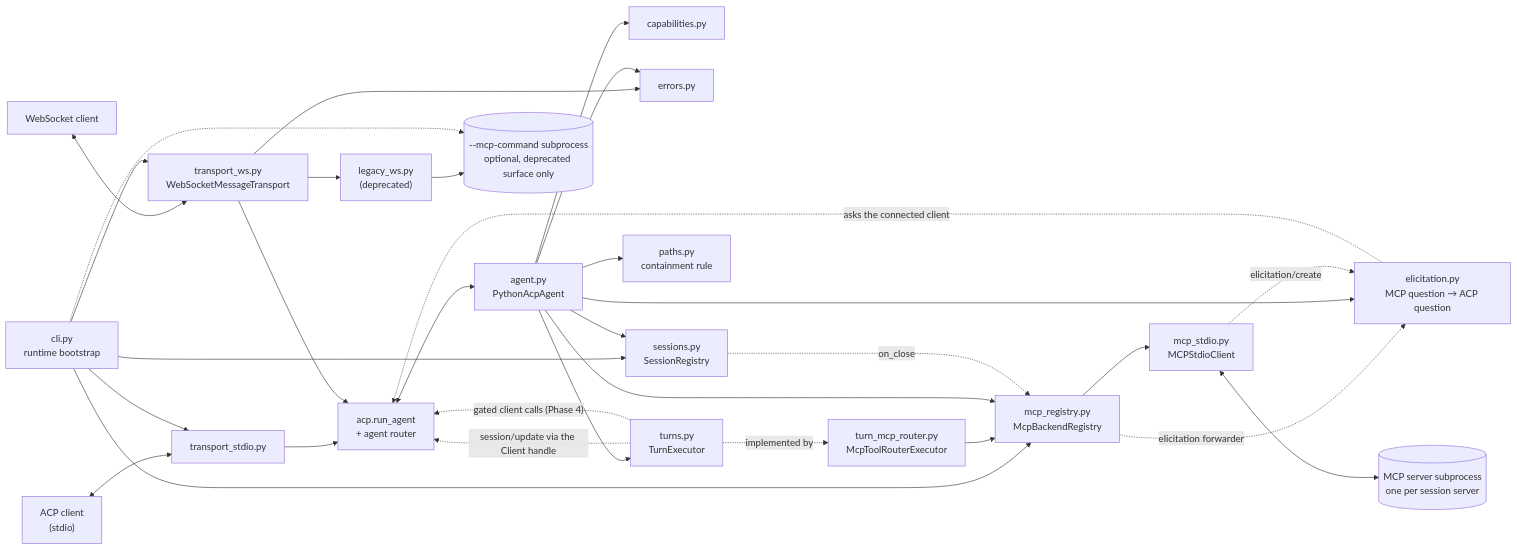
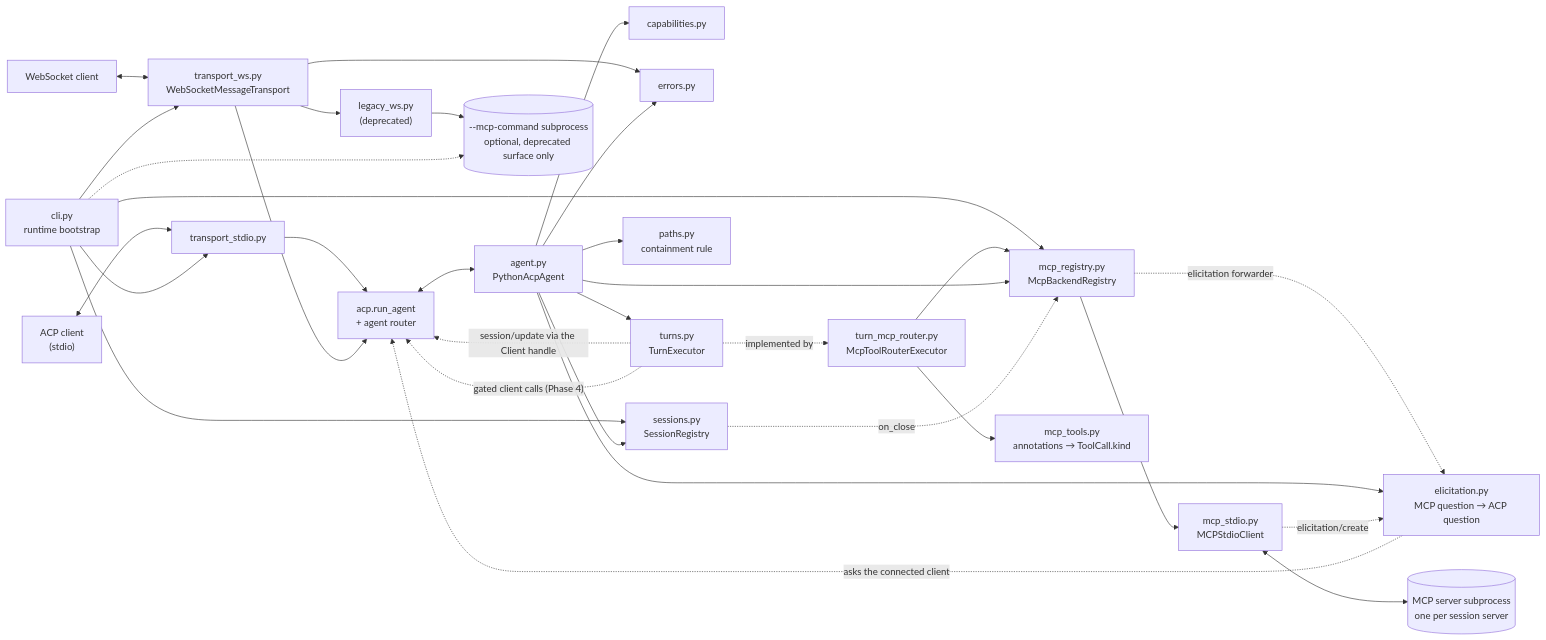
One commit to Digital-Dimentia/python-acp changed the first of 8 diagrams in ARCHITECTURE.md. Above: the diagram before and after it, drawn with Mermaid. The commit also changed other lines of this file and 16 other files, not shown here.

````diff
--- a/ARCHITECTURE.md
+++ b/ARCHITECTURE.md
@@ -26,53 +27,55 @@
 ```mermaid
 flowchart LR
     Editor["ACP client<br/>(stdio)"]
     WsClient["WebSocket client"]
     CLI["cli.py<br/>runtime bootstrap"]
     TStdio["transport_stdio.py"]
     TWs["transport_ws.py<br/>WebSocketMessageTransport"]
     Legacy["legacy_ws.py<br/>(deprecated)"]
     SDK["acp.run_agent<br/>+ agent router"]
     Agent["agent.py<br/>PythonAcpAgent"]
     Caps["capabilities.py"]
     Errors["errors.py"]
     Sessions["sessions.py<br/>SessionRegistry"]
     Paths["paths.py<br/>containment rule"]
     Turns["turns.py<br/>TurnExecutor"]
     Router["turn_mcp_router.py<br/>McpToolRouterExecutor"]
     Backends["mcp_registry.py<br/>McpBackendRegistry"]
+    Tools["mcp_tools.py<br/>annotations &rarr; ToolCall.kind"]
     Elicit["elicitation.py<br/>MCP question &rarr; ACP question"]
     MCPClient["mcp_stdio.py<br/>MCPStdioClient"]
     MCPProc[("MCP server subprocess<br/>one per session server")]
     StartupProc[("--mcp-command subprocess<br/>optional, deprecated surface only")]
 
     Editor <--> TStdio
     WsClient <--> TWs
     CLI --> TStdio
     CLI --> TWs
     CLI --> Sessions
     CLI --> Backends
     TStdio --> SDK
     TWs --> SDK
     TWs --> Legacy
     TWs --> Errors
     SDK <--> Agent
     Agent --> Caps
     Agent --> Errors
     Agent --> Sessions
     Agent --> Paths
     Agent --> Turns
     Turns -.implemented by.-> Router
+    Router --> Tools
     Router --> Backends
     Agent --> Backends
     Sessions -. "on_close" .-> Backends
     Turns -. "session/update via the Client handle" .-> SDK
     Turns -. "gated client calls (Phase 4)" .-> SDK
     Backends --> MCPClient
     Backends -. "elicitation forwarder" .-> Elicit
     Agent --> Elicit
     MCPClient -. "elicitation/create" .-> Elicit
     Elicit -. "asks the connected client" .-> SDK
     MCPClient <--> MCPProc
     Legacy --> StartupProc
     CLI -.-> StartupProc
 ```
````
